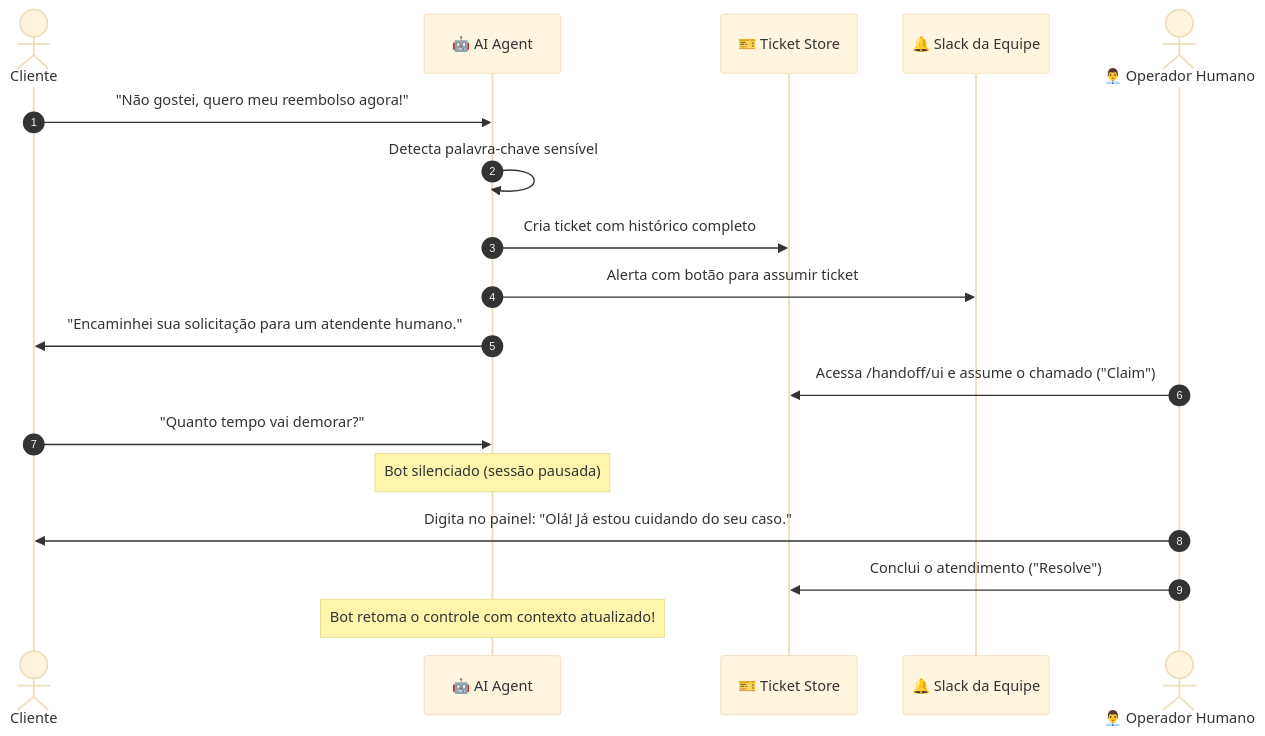
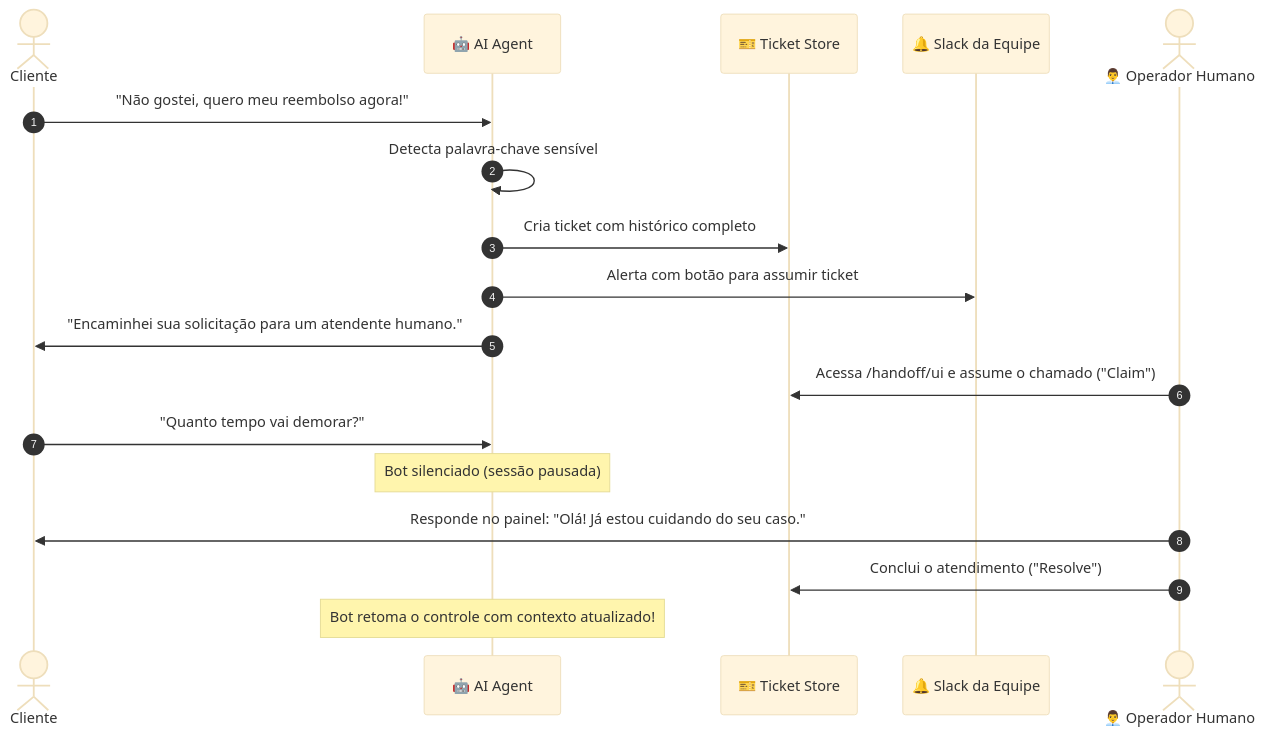
Before and after one commit to CaioSouzx00/ai-agent-24-7: the fourth of 4 diagrams in README.md, drawn with Mermaid (base theme). The commit also changed other lines of this file and 7 other files, not shown here.

````diff
--- a/README.md
+++ b/README.md
@@ -237,22 +306,22 @@
 ```mermaid
 sequenceDiagram
     autonumber
     actor Cliente
     participant Bot as 🤖 AI Agent
     participant Fila as 🎫 Ticket Store
     participant Slack as 🔔 Slack da Equipe
     actor Humano as 👨‍💼 Operador Humano
 
     Cliente->>Bot: "Não gostei, quero meu reembolso agora!"
     Bot->>Bot: Detecta palavra-chave sensível
     Bot->>Fila: Cria ticket com histórico completo
     Bot->>Slack: Alerta com botão para assumir ticket
     Bot->>Cliente: "Encaminhei sua solicitação para um atendente humano."
     
     Humano->>Fila: Acessa /handoff/ui e assume o chamado ("Claim")
     Cliente->>Bot: "Quanto tempo vai demorar?"
     Note over Bot: Bot silenciado (sessão pausada)
-    Humano->>Cliente: Digita no painel: "Olá! Já estou cuidando do seu caso."
+    Humano->>Cliente: Responde no painel: "Olá! Já estou cuidando do seu caso."
     Humano->>Fila: Conclui o atendimento ("Resolve")
     Note over Bot: Bot retoma o controle com contexto atualizado!
 ```
````
